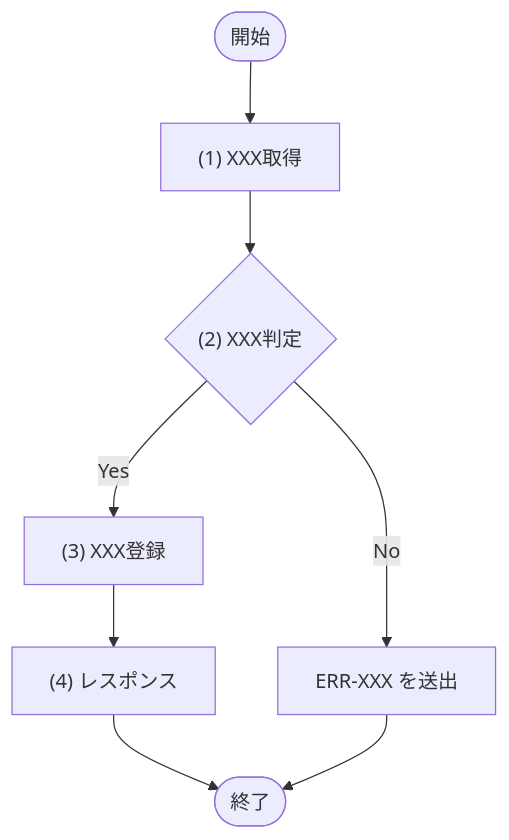
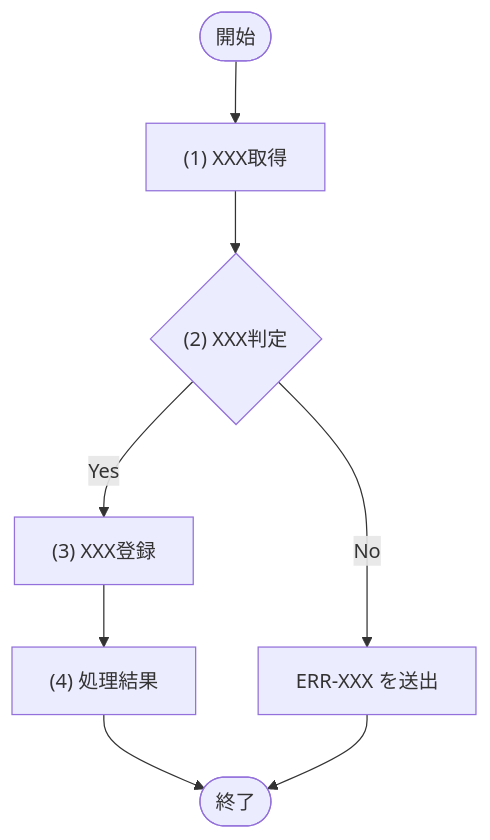
The diagram in template/02_機能設計/05_モジュール設計/テンプレート_モジュール.md (sikakou54/system-document-template), drawn with Mermaid before and after one commit. The commit also changed other lines of this file and 10 other files, not shown here.

````diff
--- a/template/02_機能設計/05_モジュール設計/テンプレート_モジュール.md
+++ b/template/02_機能設計/05_モジュール設計/テンプレート_モジュール.md
@@ -144,14 +144,14 @@
 ```mermaid
 flowchart TD
   Start([開始])
   P1["(1) XXX取得"]
   D1{"(2) XXX判定"}
   P2["(3) XXX登録"]
   E1["ERR-XXX を送出"]
-  P3["(4) レスポンス"]
+  P3["(4) 処理結果"]
   End([終了])
 
   Start --> P1 --> D1
   D1 -- "Yes" --> P2 --> P3 --> End
   D1 -- "No" --> E1 --> End
 ```
````
